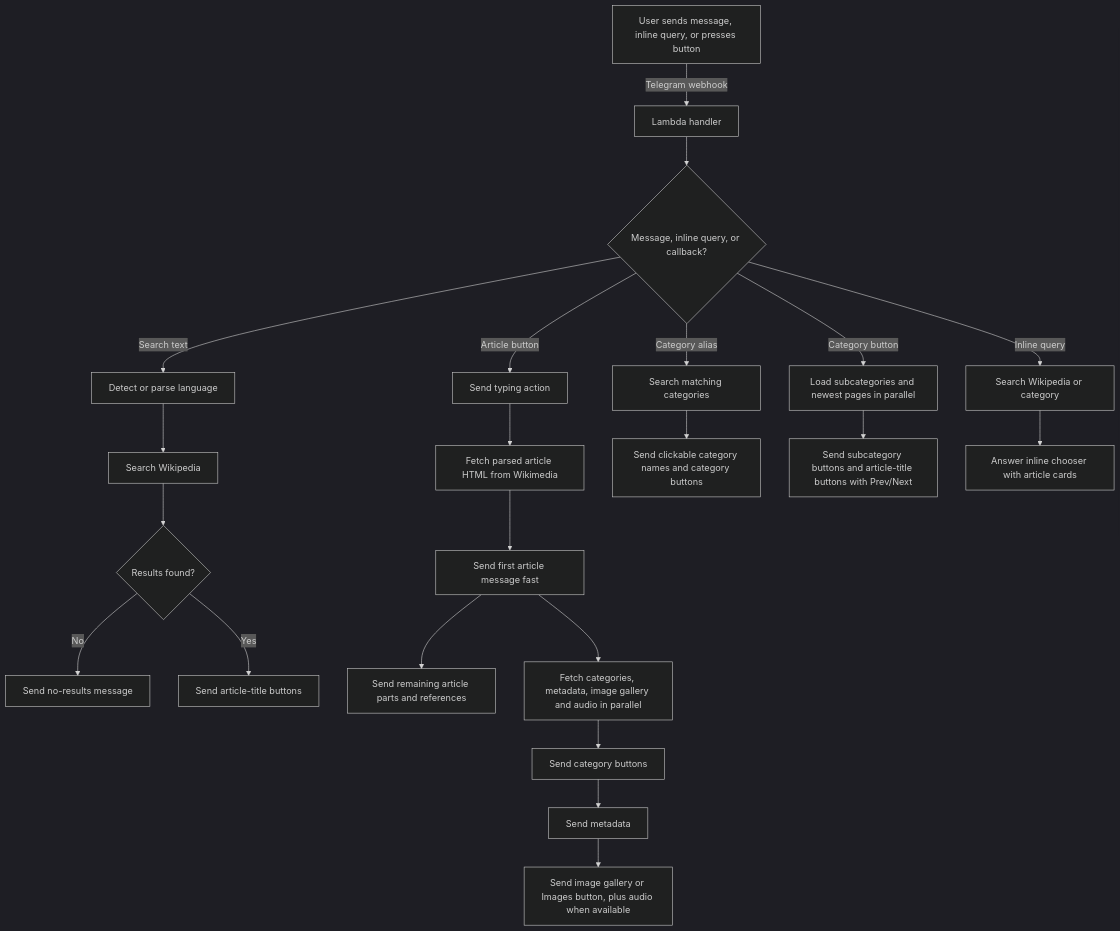
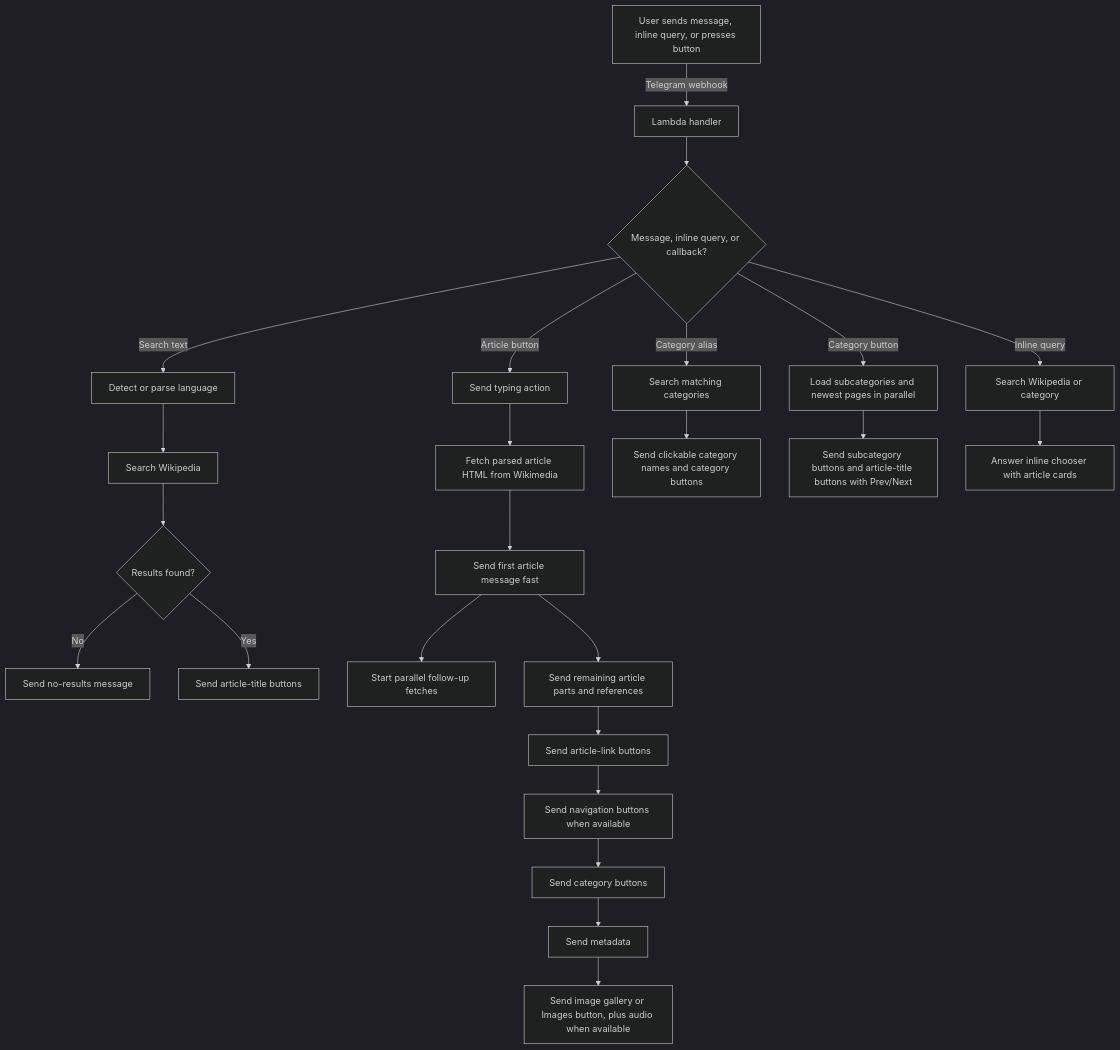
One commit to vitaly-zdanevich/bot_telegram_wikipedia changed the diagram in README.md. Above: the diagram before and after it, drawn with Mermaid (dark theme). The commit also changed other lines of this file and 3 other files, not shown here.

````diff
--- a/README.md
+++ b/README.md
@@ -86,24 +90,26 @@
 ```mermaid
 graph TD
     A[User sends message, inline query, or presses button] -->|Telegram webhook| B[Lambda handler]
     B --> C{Message, inline query, or callback?}
     C -- Search text --> D[Detect or parse language]
     D --> E[Search Wikipedia]
     E --> F{Results found?}
     F -- No --> G[Send no-results message]
     F -- Yes --> H[Send article-title buttons]
     C -- Article button --> I[Send typing action]
     I --> J[Fetch parsed article HTML from Wikimedia]
     J --> K[Send first article message fast]
+    K --> M[Start parallel follow-up fetches]
     K --> L[Send remaining article parts and references]
-    K --> M[Fetch categories, metadata, image gallery and audio in parallel]
-    M --> N[Send category buttons]
+    L --> W[Send article-link buttons]
+    W --> X[Send navigation buttons when available]
+    X --> N[Send category buttons]
     N --> O[Send metadata]
     O --> P[Send image gallery or Images button, plus audio when available]
     C -- Category alias --> Q[Search matching categories]
     Q --> R[Send clickable category names and category buttons]
     C -- Category button --> U[Load subcategories and newest pages in parallel]
     U --> V[Send subcategory buttons and article-title buttons with Prev/Next]
     C -- Inline query --> S[Search Wikipedia or category]
     S --> T[Answer inline chooser with article cards]
 ```
````
